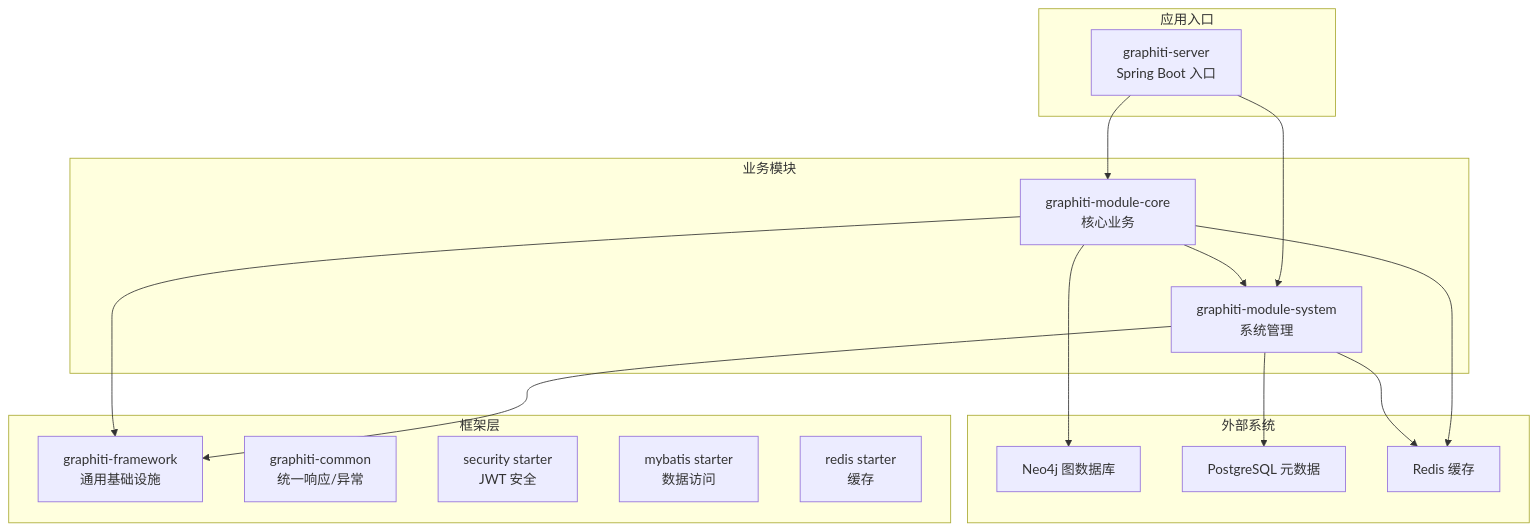
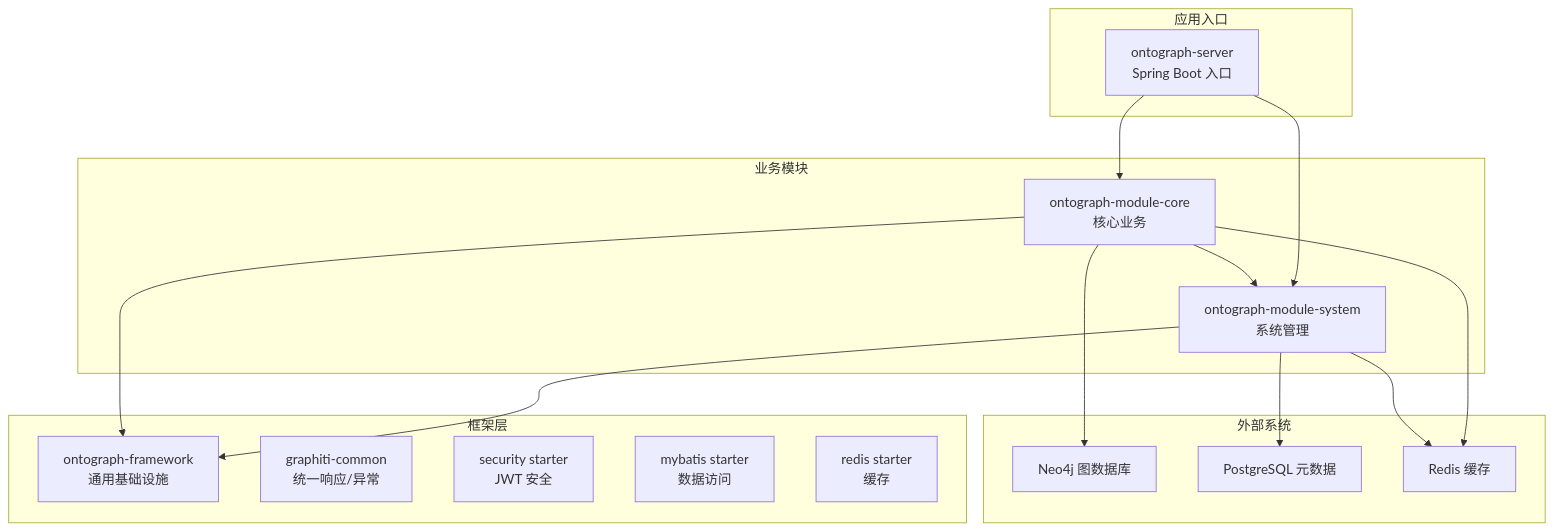
Before and after one commit to joezxh/graphiti-java: the first of 8 diagrams in docs/manual/核心模块/核心模块.md, drawn with Mermaid. The commit also changed other lines of this file and 200 other files, not shown here.

````diff
--- a/docs/manual/核心模块/核心模块.md
+++ b/docs/manual/核心模块/核心模块.md
@@ -46,31 +46,31 @@
 ```mermaid
 graph TB
 subgraph "应用入口"
-Server["graphiti-server<br/>Spring Boot 入口"]
+Server["ontograph-server<br/>Spring Boot 入口"]
 end
 subgraph "业务模块"
-Sys["graphiti-module-system<br/>系统管理"]
-Core["graphiti-module-core<br/>核心业务"]
+Sys["ontograph-module-system<br/>系统管理"]
+Core["ontograph-module-core<br/>核心业务"]
 end
 subgraph "框架层"
-FW["graphiti-framework<br/>通用基础设施"]
+FW["ontograph-framework<br/>通用基础设施"]
 Common["graphiti-common<br/>统一响应/异常"]
 Sec["security starter<br/>JWT 安全"]
 MyBatis["mybatis starter<br/>数据访问"]
 Redis["redis starter<br/>缓存"]
 end
 subgraph "外部系统"
 Neo4j["Neo4j 图数据库"]
 PG["PostgreSQL 元数据"]
 RedisDB["Redis 缓存"]
 end
 Server --> Sys
 Server --> Core
 Sys --> FW
 Core --> FW
 Core --> Sys
 Core --> Neo4j
 Sys --> PG
 Core --> RedisDB
 Sys --> RedisDB
 ```
````
